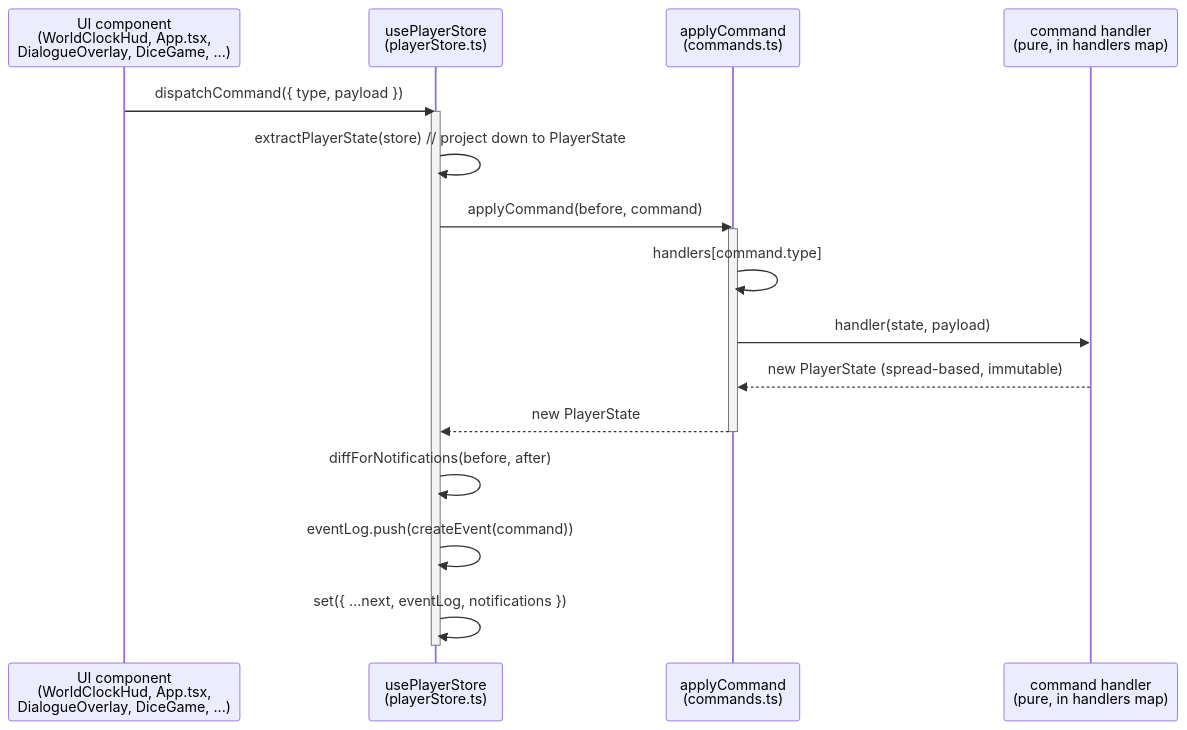
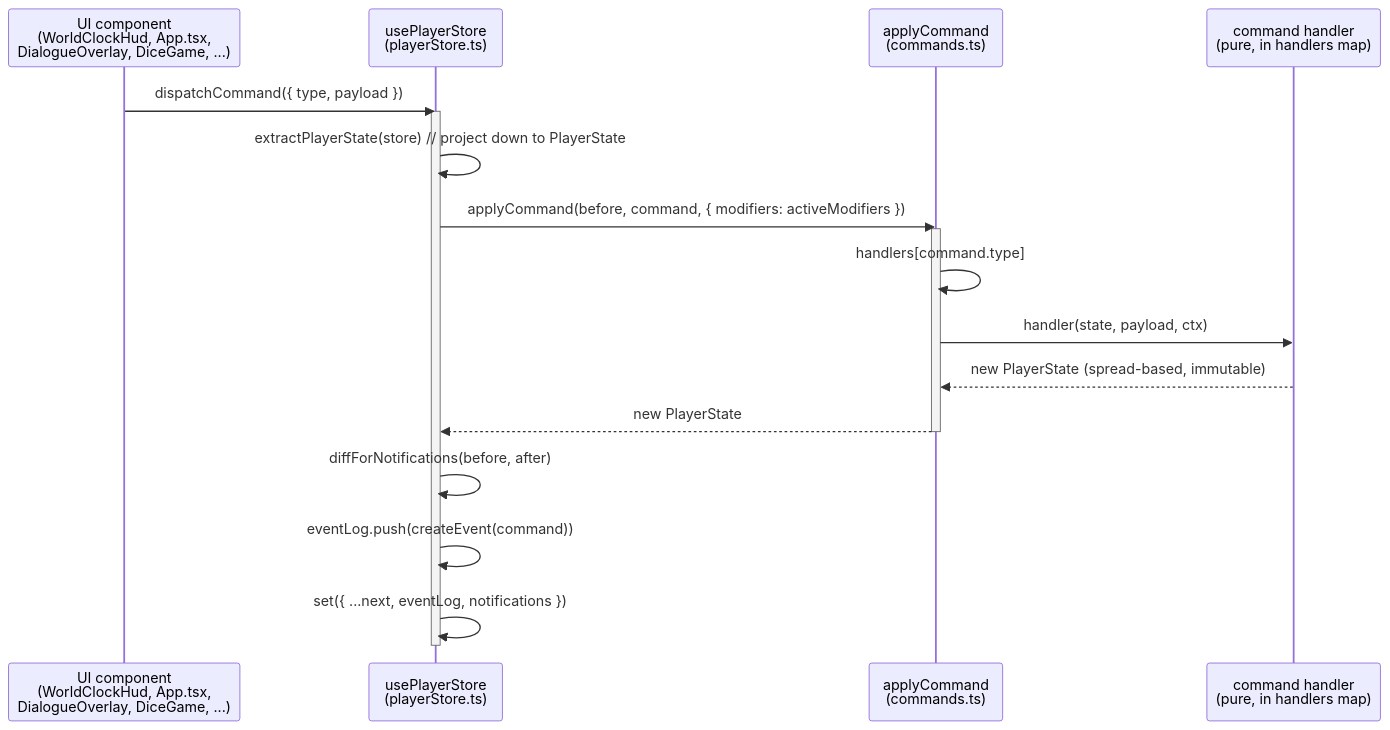
Before and after one commit to GSoster/broadsheet-rapier: the first of 5 diagrams in docs/engine.md, drawn with Mermaid. The commit also changed other lines of this file and 25 other files, not shown here.

````diff
--- a/docs/engine.md
+++ b/docs/engine.md
@@ -22,22 +22,22 @@
 ```mermaid
 sequenceDiagram
     participant UI as UI component<br/>(WorldClockHud, App.tsx,<br/>DialogueOverlay, DiceGame, ...)
     participant Store as usePlayerStore<br/>(playerStore.ts)
     participant Apply as applyCommand<br/>(commands.ts)
     participant Handler as command handler<br/>(pure, in handlers map)
 
     UI->>Store: dispatchCommand({ type, payload })
     activate Store
     Store->>Store: extractPlayerState(store)  // project down to PlayerState
-    Store->>Apply: applyCommand(before, command)
+    Store->>Apply: applyCommand(before, command, { modifiers: activeModifiers })
     activate Apply
     Apply->>Apply: handlers[command.type]
-    Apply->>Handler: handler(state, payload)
+    Apply->>Handler: handler(state, payload, ctx)
     Handler-->>Apply: new PlayerState (spread-based, immutable)
     Apply-->>Store: new PlayerState
     deactivate Apply
     Store->>Store: diffForNotifications(before, after)
     Store->>Store: eventLog.push(createEvent(command))
     Store->>Store: set({ ...next, eventLog, notifications })
     deactivate Store
 ```
````
